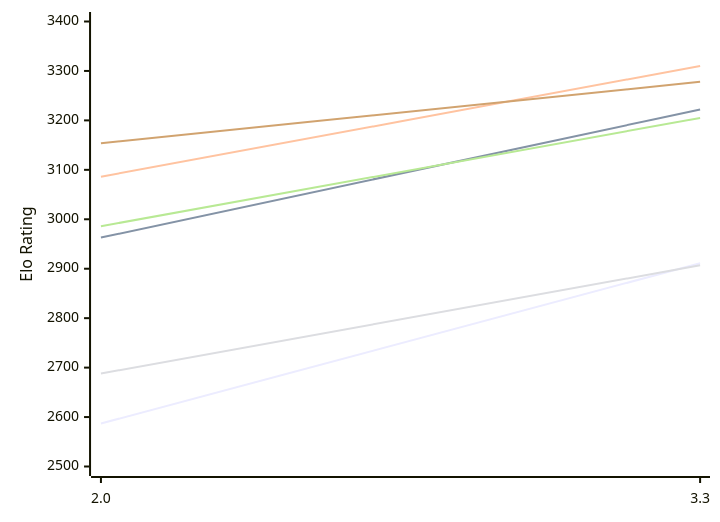
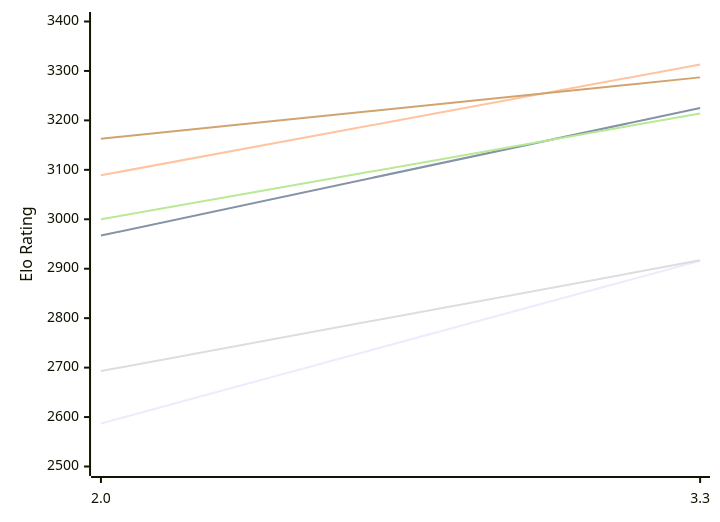
One commit to computer-chess-index/cci changed the first of 2 diagrams in engines/Ceylondemon.md. Above: the diagram before and after it, drawn with Mermaid. The commit also changed other lines of this file, not shown here.

Commit message:
Update CCI Ratings (ELO VLTC) - 2026-11-25

````diff
--- a/engines/Ceylondemon.md
+++ b/engines/Ceylondemon.md
@@ -50,12 +50,12 @@
 ```mermaid
 %%{init: {"theme":"base","themeVariables":{"seriesColors:['#a3a3a3','#222221','#faa371']}}}%%
 xychart-beta
   x-axis ["2.0", "3.3"]
   y-axis "Elo Rating" 2500 --> 3400
-  line "E1: STC (8.0+0.08s)" [2587, 2911]
-  line "E1: LTC (60.0+0.60s)" [2963, 3222]
-  line "E1: VLTC (2m24s+1.12s)" [3086, 3310]
-  line "P1: STC (8.0+0.08s)" [2688, 2907]
-  line "P1: LTC (60.0+0.60s)" [2986, 3205]
-  line "P1: VLTC (2m24s+1.12s)" [3154, 3278]
+  line "E1: STC (8.0+0.08s)" [2587, 2916]
+  line "E1: LTC (60.0+0.60s)" [2967, 3225]
+  line "E1: VLTC (2m24s+1.12s)" [3089, 3313]
+  line "P1: STC (8.0+0.08s)" [2693, 2917]
+  line "P1: LTC (60.0+0.60s)" [3000, 3214]
+  line "P1: VLTC (2m24s+1.12s)" [3163, 3287]
 ```
````
